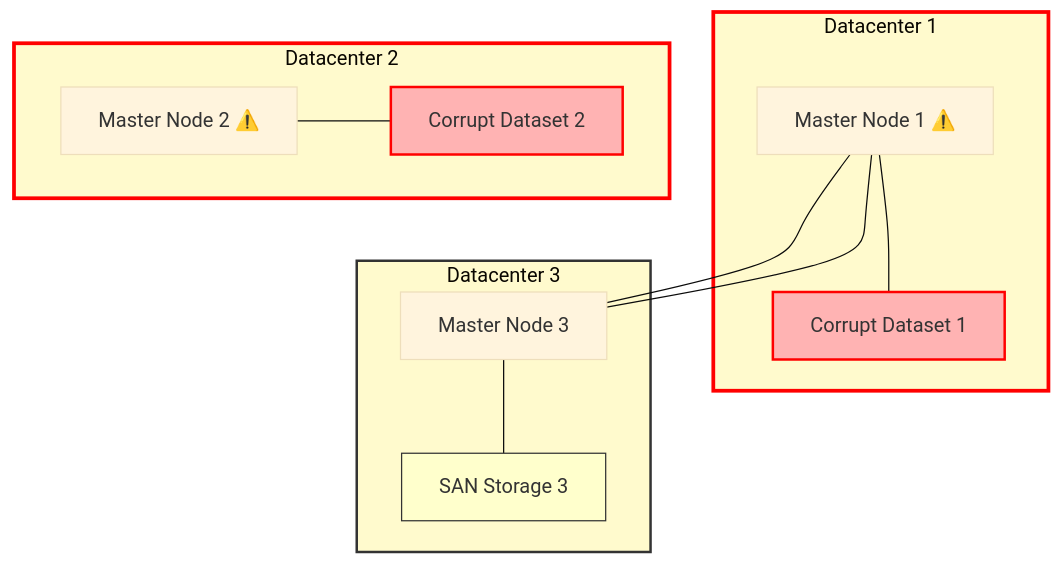
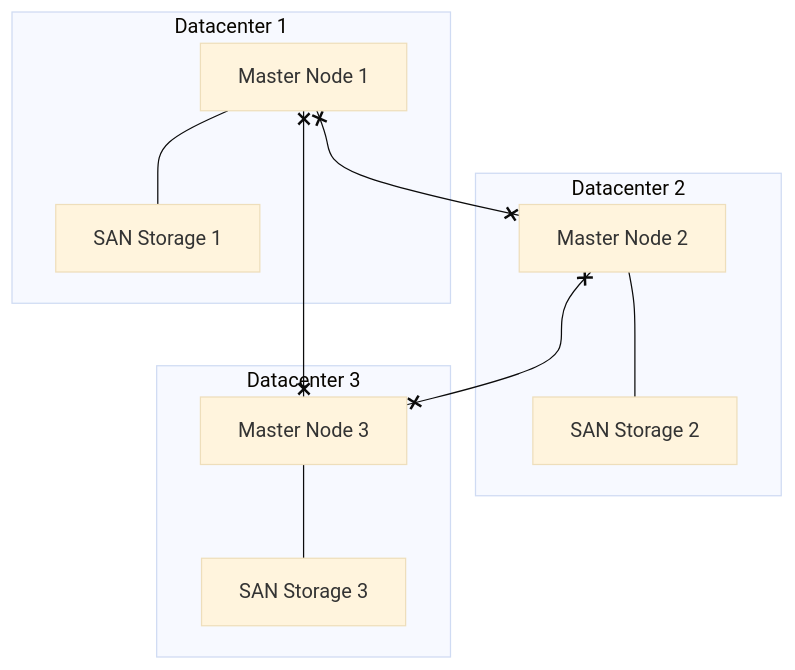
The fourth of 5 diagrams in README.md (zokahn/stretchy), drawn with Mermaid (base theme) before and after one commit. The commit also changed other lines of this file, not shown here.

````diff
--- a/README.md
+++ b/README.md
@@ -159,34 +159,24 @@
 ```mermaid
 graph TD
     subgraph DC1["Datacenter 1"]
-        A[Master Node 1 ⚠️]
-        SAN1[Corrupt Dataset 1]
+        A[Master Node 1]
+        SAN1[SAN Storage 1]
     end
 
     subgraph DC2["Datacenter 2"]
-        B[Master Node 2 ⚠️]
-        SAN2[Corrupt Dataset 2]
+        B[Master Node 2]
+        SAN2[SAN Storage 2]
     end
 
     subgraph DC3["Datacenter 3"]
         C[Master Node 3]
         SAN3[SAN Storage 3]
     end
 
-    %% Network connections
-    A --- C
-    C --- A
-
-    %% Storage connections
+    A x--x B
+    B x--x C
+    C x--x A
     A --- SAN1
     B --- SAN2
     C --- SAN3
-
-    %% Styling
-    style DC1 fill:#FFFACD,stroke:#f00,stroke-width:3px
-    style DC2 fill:#FFFACD,stroke:#f00,stroke-width:3px
-    style DC3 fill:#FFFACD,stroke:#333,stroke-width:2px
-    style SAN1 fill:#FFB3B3,stroke:#f00,stroke-width:2px
-    style SAN2 fill:#FFB3B3,stroke:#f00,stroke-width:2px
-    style SAN3 fill:#FFFFCC,stroke:#333,stroke-width:1px
 ```
````
